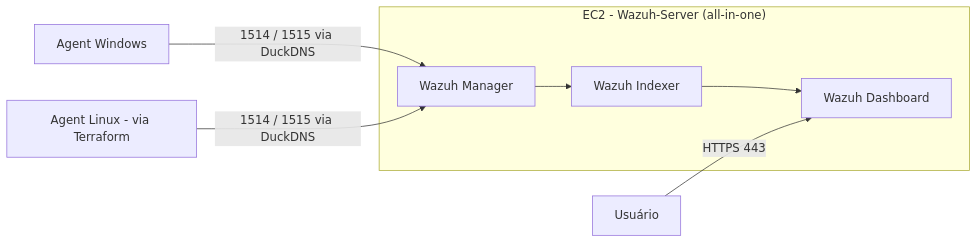
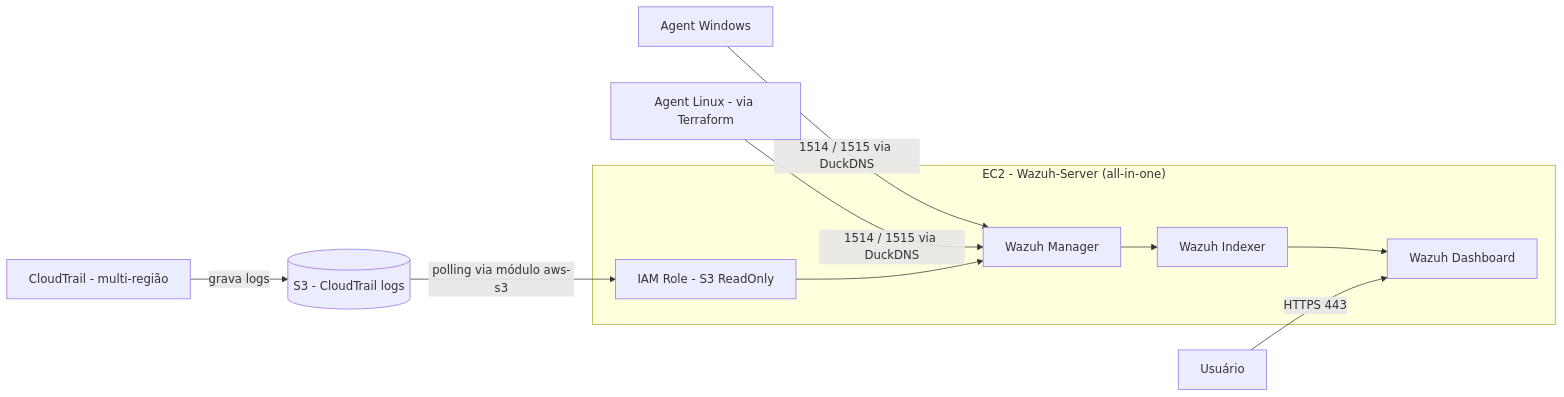
Before and after one commit to VictorVital10/wazuh-aws-siem: the diagram in README.md, drawn with Mermaid. The commit also changed other lines of this file, not shown here.

Commit message:
docs: document CloudTrail to S3 to Wazuh integration in README

````diff
--- a/README.md
+++ b/README.md
@@ -49,18 +51,25 @@
 ```mermaid
 flowchart LR
     subgraph WS["EC2 - Wazuh-Server (all-in-one)"]
+        ROLE[IAM Role - S3 ReadOnly]
         MGR[Wazuh Manager]
         IDX[Wazuh Indexer]
         DSH[Wazuh Dashboard]
     end
 
     AGW[Agent Windows]
     AGL[Agent Linux - via Terraform]
     USR[Usuário]
+    CT[CloudTrail - multi-região]
+    S3CT[(S3 - CloudTrail logs)]
 
     AGW -- "1514 / 1515 via DuckDNS" --> MGR
     AGL -- "1514 / 1515 via DuckDNS" --> MGR
     MGR --> IDX
     IDX --> DSH
     USR -- "HTTPS 443" --> DSH
+
+    CT -- "grava logs" --> S3CT
+    S3CT -- "polling via módulo aws-s3" --> ROLE
+    ROLE --> MGR
 ```
````
